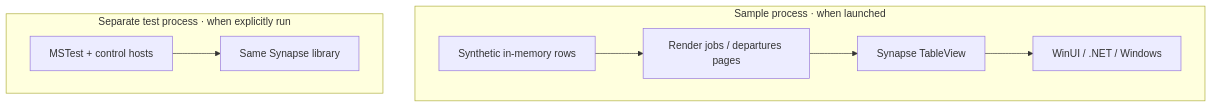
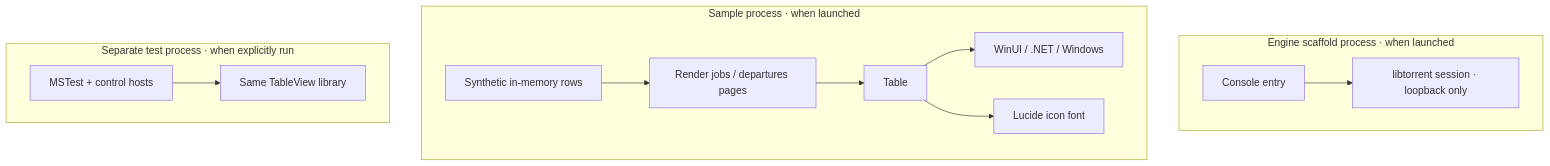
One commit to SynoSoftware/TinyTorrent2 changed the first of 2 diagrams in docs/architecture-current.md. Above: the diagram before and after it, drawn with Mermaid. The commit also changed other lines of this file and 264 other files, not shown here.

````diff
--- a/docs/architecture-current.md
+++ b/docs/architecture-current.md
@@ -20,11 +25,15 @@
 ```mermaid
 flowchart TB
+    subgraph Engine["Engine scaffold process · when launched"]
+        Entry["Console entry"] --> Session["libtorrent session · loopback only"]
+    end
     subgraph Sample["Sample process · when launched"]
-        Pages["Render jobs / departures pages"] --> Table["Synapse TableView"]
+        Pages["Render jobs / departures pages"] --> Table["Table"]
         Data["Synthetic in-memory rows"] --> Pages
         Table --> Platform["WinUI / .NET / Windows"]
+        Table --> Icons["Lucide icon font"]
     end
     subgraph Tests["Separate test process · when explicitly run"]
-        Harness["MSTest + control hosts"] --> TestedTable["Same Synapse library"]
+        Harness["MSTest + control hosts"] --> TestedTable["Same TableView library"]
     end
 ```
````
